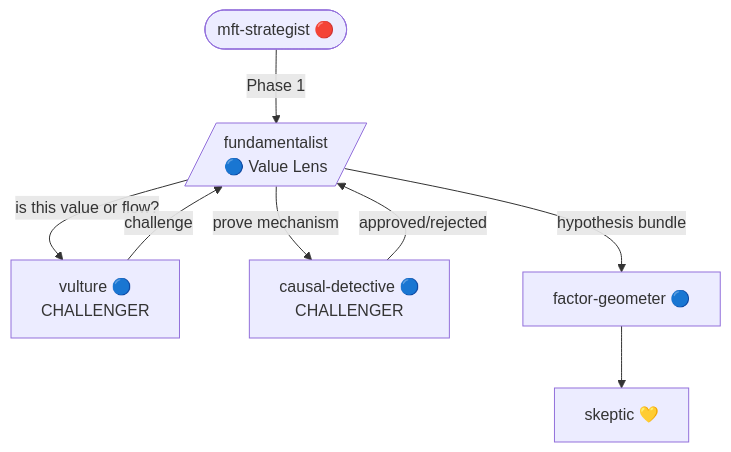
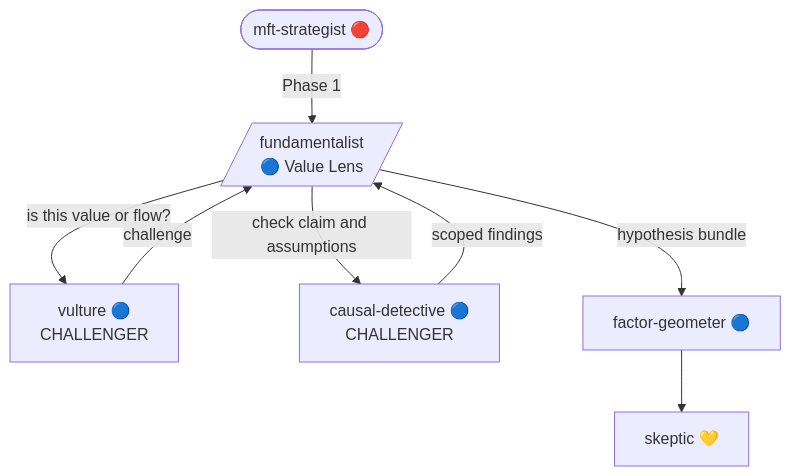
One commit to VladKochetov007/WunderFunder changed the diagram in skills/alpha-squad/agents/fundamentalist.md. Above: the diagram before and after it, drawn with Mermaid. The commit also changed other lines of this file and 19 other files, not shown here.

````diff
--- a/skills/alpha-squad/agents/fundamentalist.md
+++ b/skills/alpha-squad/agents/fundamentalist.md
@@ -68,10 +73,10 @@
 ```mermaid
 flowchart TD
     strat([mft-strategist 🔴]) -->|"Phase 1"| fund[/"fundamentalist<br/>🔵 Value Lens"/]
     fund -->|"is this value or flow?"| vult["vulture 🔵<br/>CHALLENGER"]
-    fund -->|"prove mechanism"| causal["causal-detective 🔵<br/>CHALLENGER"]
+    fund -->|"check claim and assumptions"| causal["causal-detective 🔵<br/>CHALLENGER"]
     vult -->|"challenge"| fund
-    causal -->|"approved/rejected"| fund
+    causal -->|"scoped findings"| fund
     fund -->|"hypothesis bundle"| fgeom["factor-geometer 🔵"]
     fgeom --> skep["skeptic 💛"]
 ```
````
